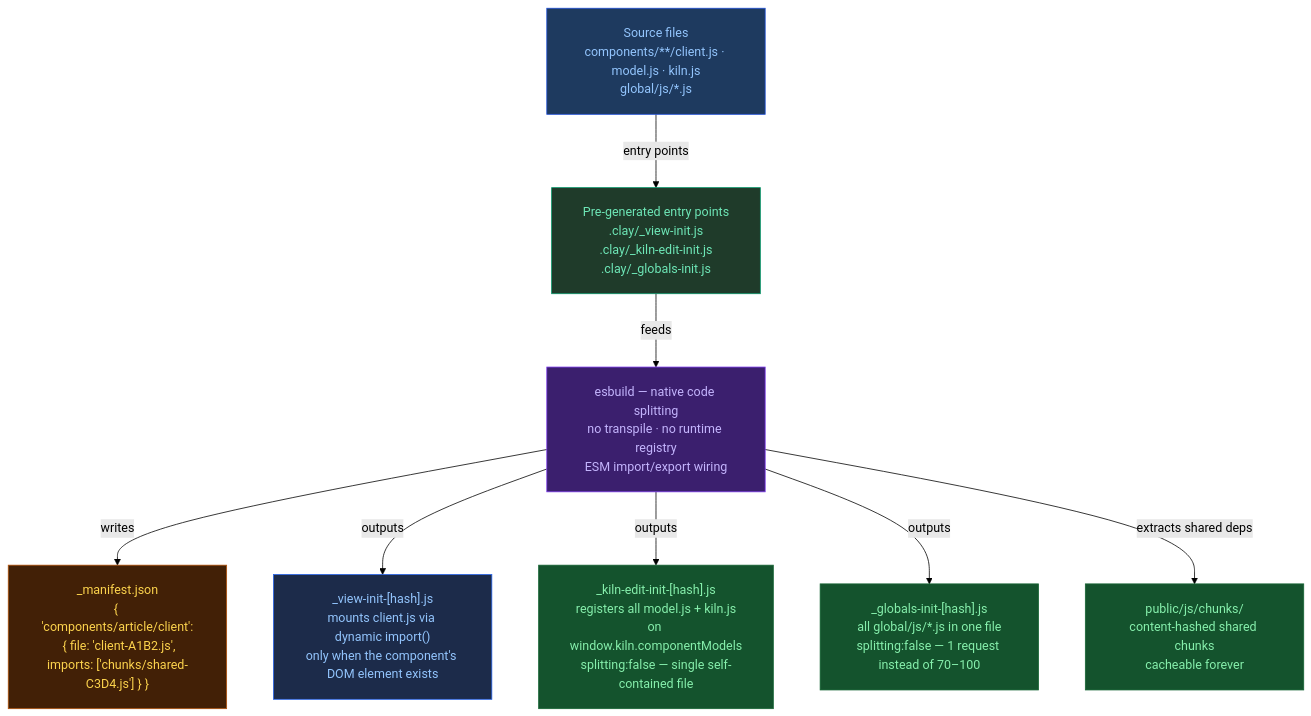
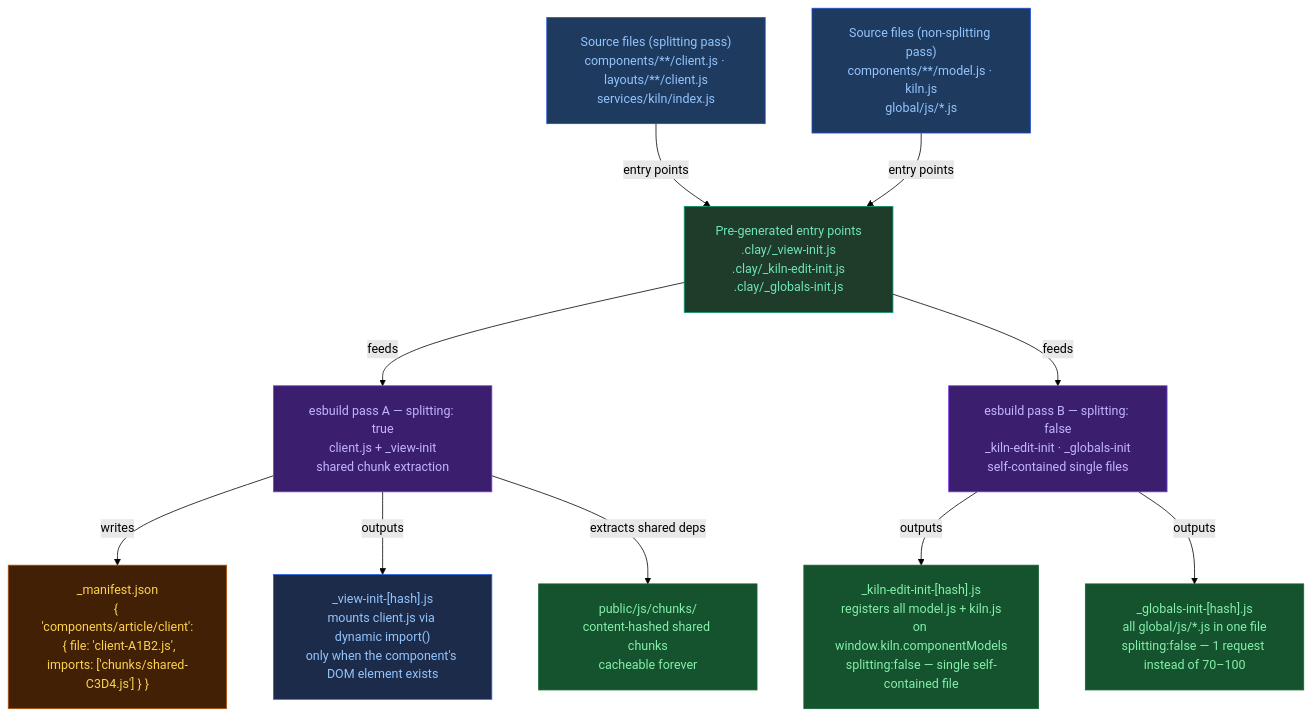
One commit to clay/claycli changed the fourth of 5 diagrams in CLAY-BUILD.md. Above: the diagram before and after it, drawn with Mermaid (forest theme). The commit also changed other lines of this file, not shown here.

````diff
--- a/CLAY-BUILD.md
+++ b/CLAY-BUILD.md
@@ -264,34 +266,40 @@
 ```mermaid
 %%{init: {'flowchart': {'nodeSpacing': 60, 'rankSpacing': 70, 'padding': 20}}}%%
 flowchart TB
-    NS["Source files<br/>components/**/client.js · model.js · kiln.js<br/>global/js/*.js"]:::src
+    NS1["Source files (splitting pass)<br/>components/**/client.js · layouts/**/client.js<br/>services/kiln/index.js"]:::src
+
+    NS2["Source files (non-splitting pass)<br/>components/**/model.js · kiln.js<br/>global/js/*.js"]:::src
 
     NG["Pre-generated entry points<br/>.clay/_view-init.js<br/>.clay/_kiln-edit-init.js<br/>.clay/_globals-init.js"]:::gen
 
-    NE["esbuild — native code splitting<br/>no transpile · no runtime registry<br/>ESM import/export wiring"]:::tool
+    NE["esbuild pass A — splitting: true<br/>client.js + _view-init<br/>shared chunk extraction"]:::tool
+
+    NE2["esbuild pass B — splitting: false<br/>_kiln-edit-init · _globals-init<br/>self-contained single files"]:::tool
 
     NM["_manifest.json<br/>{ 'components/article/client':<br/>  { file: 'client-A1B2.js', imports: ['chunks/shared-C3D4.js'] } }"]:::artifact
 
     NV["_view-init-[hash].js<br/>mounts client.js via dynamic import()<br/>only when the component's DOM element exists"]:::loader
 
     NK["_kiln-edit-init-[hash].js<br/>registers all model.js + kiln.js<br/>on window.kiln.componentModels<br/>splitting:false — single self-contained file"]:::output
 
     NGL["_globals-init-[hash].js<br/>all global/js/*.js in one file<br/>splitting:false — 1 request instead of 70–100"]:::output
 
     NC["public/js/chunks/<br/>content-hashed shared chunks<br/>cacheable forever"]:::output
 
-    NS -->|"entry points"| NG
+    NS1 -->|"entry points"| NG
+    NS2 -->|"entry points"| NG
     NG -->|"feeds"| NE
+    NG -->|"feeds"| NE2
     NE -->|"writes"| NM
     NE -->|"outputs"| NV
-    NE -->|"outputs"| NK
-    NE -->|"outputs"| NGL
     NE -->|"extracts shared deps"| NC
+    NE2 -->|"outputs"| NK
+    NE2 -->|"outputs"| NGL
 
     classDef src      fill:#1e3a5f,color:#93c5fd,stroke:#1d4ed8
     classDef gen      fill:#1f3b2a,color:#6ee7b7,stroke:#059669
     classDef tool     fill:#3b1f6e,color:#c4b5fd,stroke:#7c3aed
     classDef artifact fill:#422006,color:#fcd34d,stroke:#b45309
     classDef loader   fill:#1c2b4a,color:#93c5fd,stroke:#2563eb
     classDef output   fill:#14532d,color:#86efac,stroke:#166534
 ```
````
